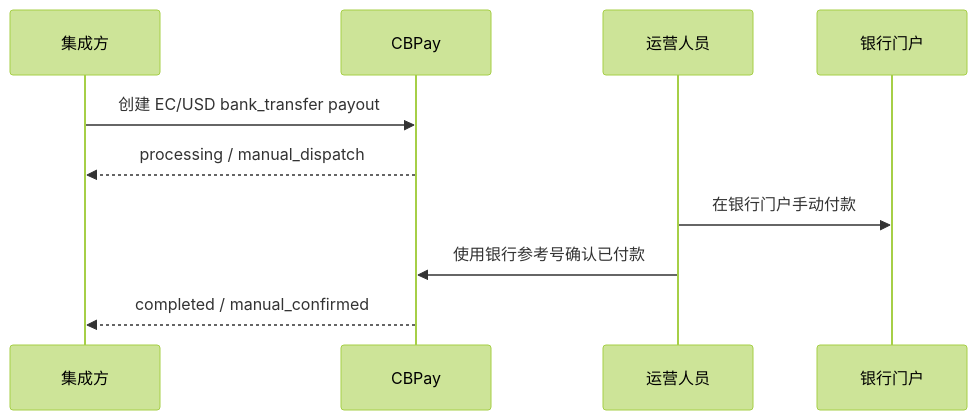
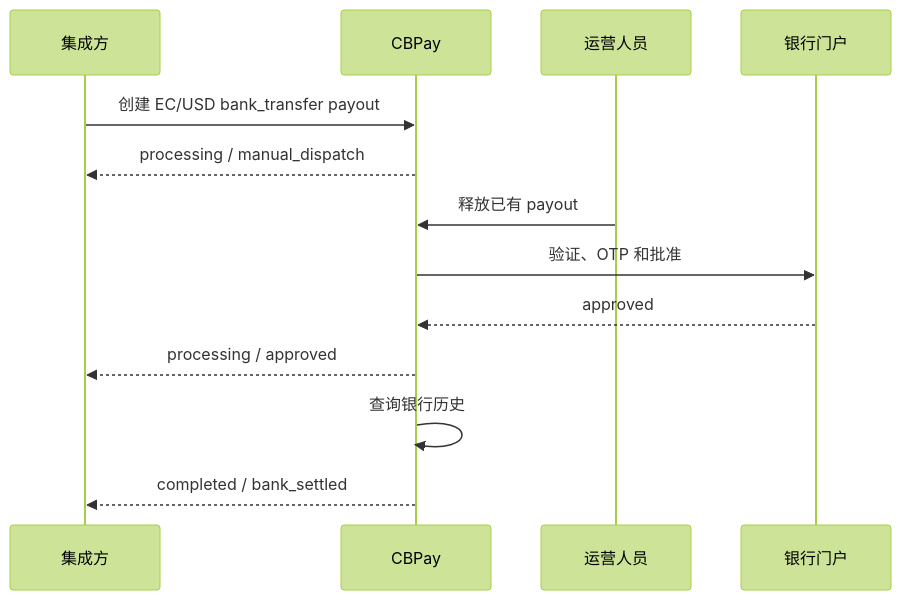
The diagram in mcp-pack/guides/zh/guides/ecuador-manual-payouts.md (CBpayapp/cbpay-docs), drawn with Mermaid (forest theme) before and after one commit. The commit also changed other lines of this file and 35 other files, not shown here.

````diff
--- a/mcp-pack/guides/zh/guides/ecuador-manual-payouts.md
+++ b/mcp-pack/guides/zh/guides/ecuador-manual-payouts.md
@@ -27,12 +28,15 @@
 ```mermaid
 sequenceDiagram
   participant I as 集成方
   participant C as CBPay
   participant O as 运营人员
   participant B as 银行门户
   I->>C: 创建 EC/USD bank_transfer payout
   C-->>I: processing / manual_dispatch
-  O->>B: 在银行门户手动付款
-  O->>C: 使用银行参考号确认已付款
-  C-->>I: completed / manual_confirmed
+  O->>C: 释放已有 payout
+  C->>B: 验证、OTP 和批准
+  B-->>C: approved
+  C-->>I: processing / approved
+  C->>C: 查询银行历史
+  C-->>I: completed / bank_settled
 ```
````
